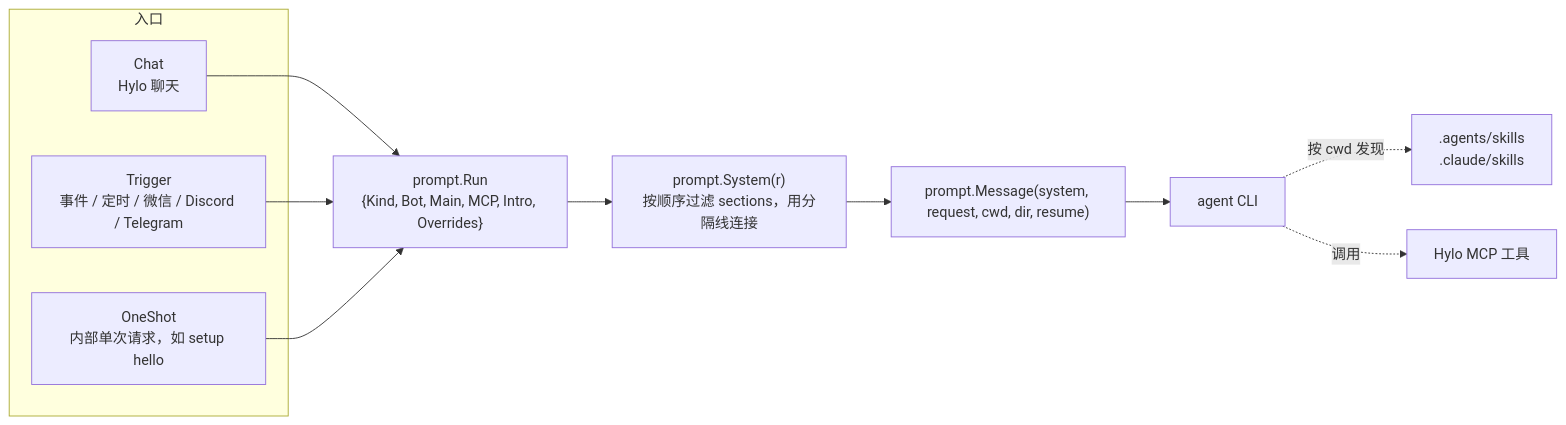
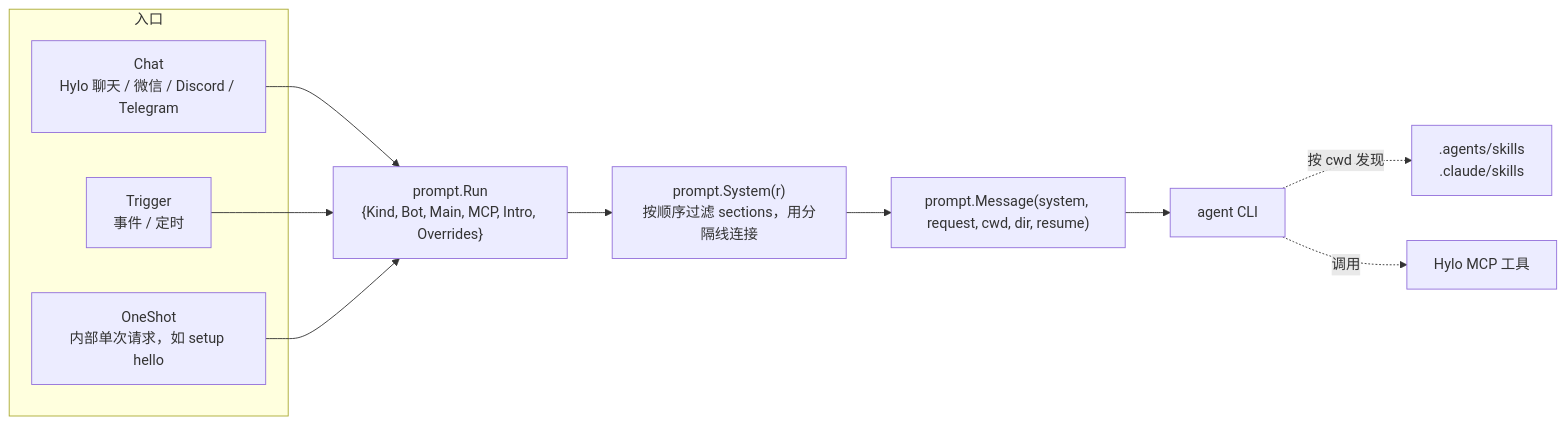
The first of 6 diagrams in docs/prompt-skills-architecture.md (skoowoo/hylo), drawn with Mermaid before and after one commit. The commit also changed other lines of this file and 65 other files, not shown here.

Commit message:
Move WeChat, Discord and Telegram onto per-bot channels that join the bot's chat

````diff
--- a/docs/prompt-skills-architecture.md
+++ b/docs/prompt-skills-architecture.md
@@ -17,14 +17,14 @@
 ```mermaid
 flowchart LR
     subgraph 入口
-        C[Chat<br/>Hylo 聊天]
-        T[Trigger<br/>事件 / 定时 / 微信 / Discord / Telegram]
+        C[Chat<br/>Hylo 聊天 / 微信 / Discord / Telegram]
+        T[Trigger<br/>事件 / 定时]
         O[OneShot<br/>内部单次请求，如 setup hello]
     end
     C & T & O --> R["prompt.Run<br/>{Kind, Bot, Main, MCP, Intro, Overrides}"]
     R --> S["prompt.System(r)<br/>按顺序过滤 sections，用分隔线连接"]
     S --> M["prompt.Message(system, request, cwd, dir, resume)"]
     M --> A[agent CLI]
     A -. 按 cwd 发现 .-> SK[".agents/skills<br/>.claude/skills"]
     A -. 调用 .-> MCP[Hylo MCP 工具]
 ```
````
